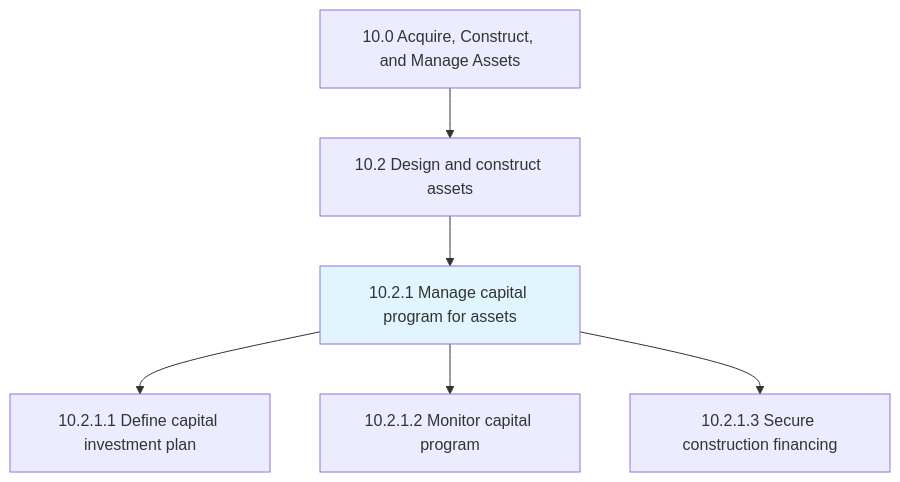
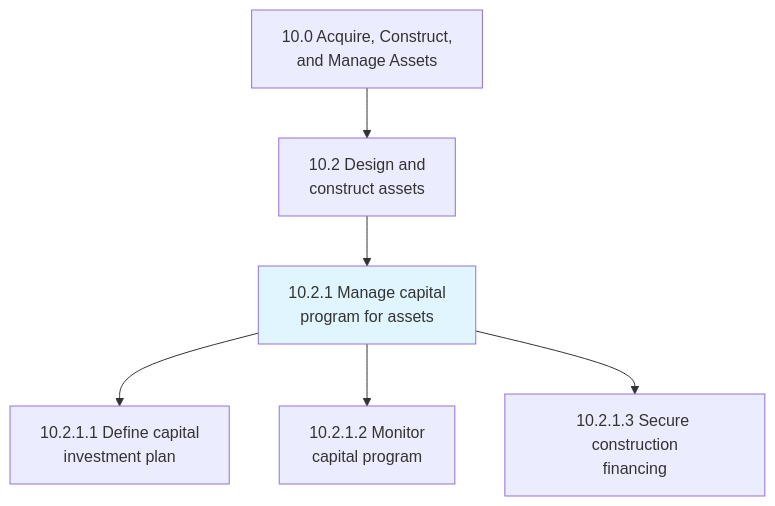
The first of 3 diagrams in processes/10-Assets/10.2-DesignConstructAssets/10.2.1-ManageCapitalProgramAssets/index.mdx (kziemski/business.org.ai), drawn with Mermaid before and after one commit. The commit also changed other lines of this file and 885 other files, not shown here.

````diff
--- a/processes/10-Assets/10.2-DesignConstructAssets/10.2.1-ManageCapitalProgramAssets/index.mdx
+++ b/processes/10-Assets/10.2-DesignConstructAssets/10.2.1-ManageCapitalProgramAssets/index.mdx
@@ -25,10 +25,11 @@
 ```mermaid
 graph TD
-    C10["10.0 Acquire, Construct, and Manage Assets"]
-    C10 --> N10_2["10.2 Design and construct assets"]
-    N10_2 --> N10_2_1["10.2.1 Manage capital program for assets"]
-    style N10_2_1 fill:#e1f5fe
-    N10_2_1 --> N10_2_1_1["10.2.1.1 Define capital investment plan"]
-    N10_2_1 --> N10_2_1_2["10.2.1.2 Monitor capital program"]
-    N10_2_1 --> N10_2_1_3["10.2.1.3 Secure construction financing"]
+    C10["10.0 Acquire, Construct,<br/>and Manage Assets"] --> G102["10.2 Design and<br/>construct assets"]
+    G102 --> P1021["10.2.1 Manage capital<br/>program for assets"]
+
+    P1021 --> A10211["10.2.1.1 Define capital<br/>investment plan"]
+    P1021 --> A10212["10.2.1.2 Monitor<br/>capital program"]
+    P1021 --> A10213["10.2.1.3 Secure construction<br/>financing"]
+
+    style P1021 fill:#e1f5fe
 ```
````
